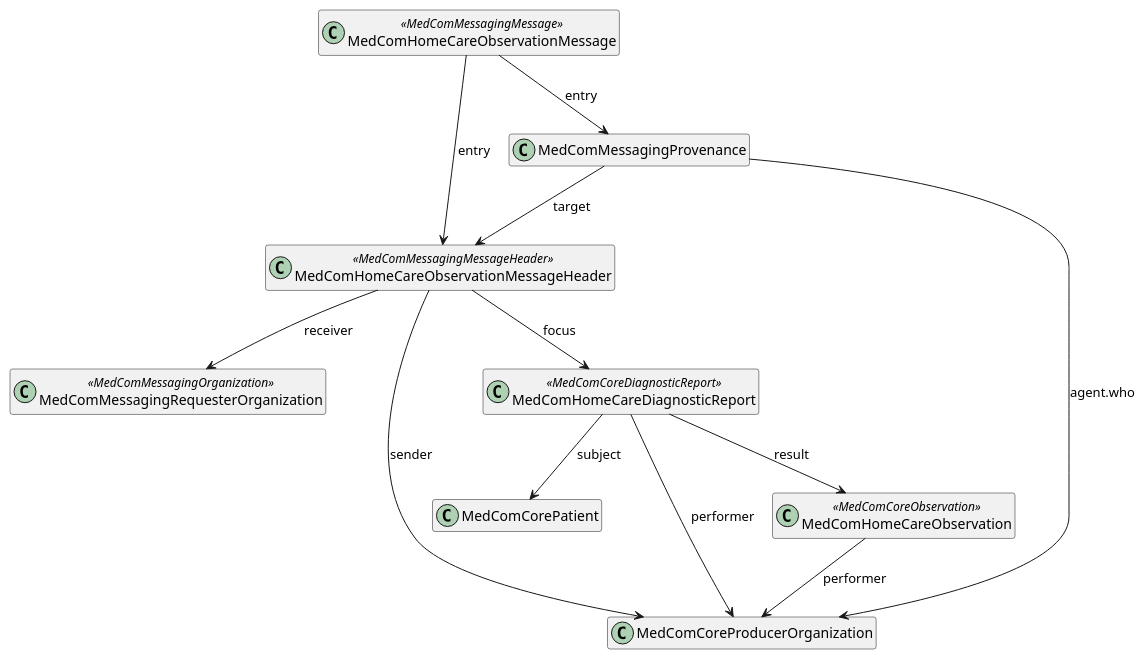
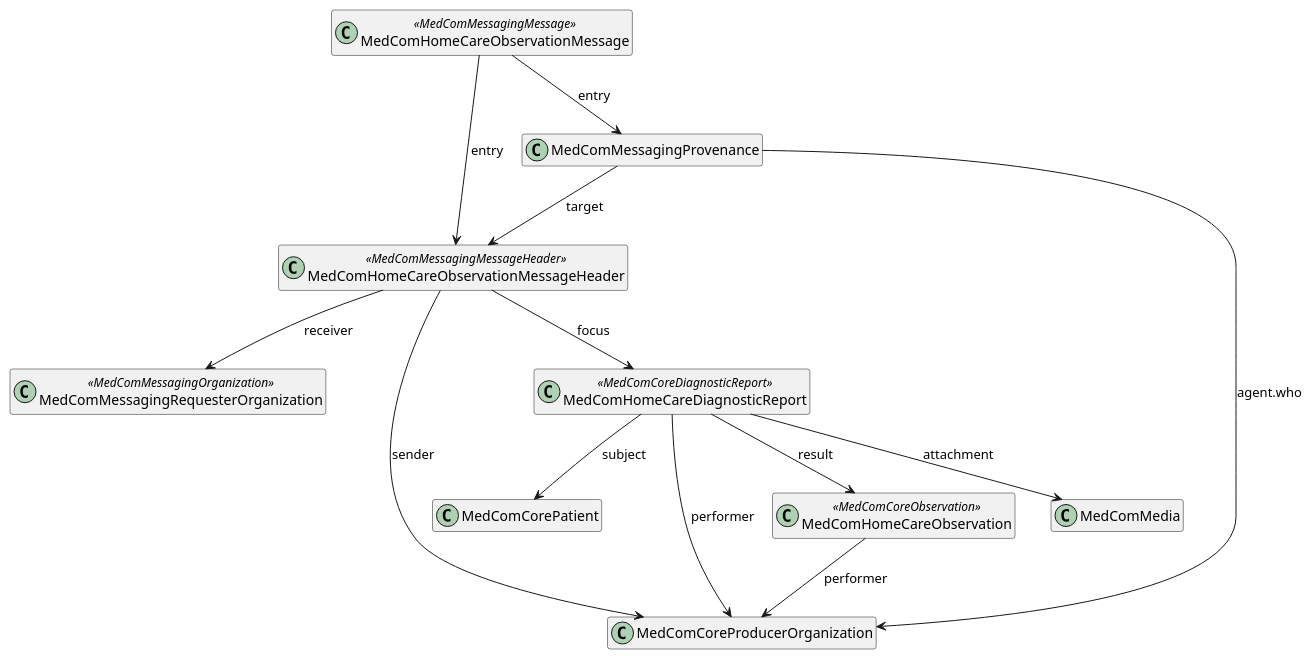
Before and after one commit to medcomdk/dk_MunicipalityObservationResults: the diagram in puml/HomeCareObservartionMessage.puml, drawn with PlantUML. The commit also changed 3 other files, not shown here.

```diff
--- a/puml/HomeCareObservartionMessage.puml
+++ b/puml/HomeCareObservartionMessage.puml
@@ -1,28 +1,30 @@
 @startuml HomeCareObservationMessage
 
 hide empty members
 
 top to bottom direction
 
 class "MedComHomeCareObservationMessage" as message <<MedComMessagingMessage>>
 class "MedComHomeCareObservationMessageHeader" as messageheader <<MedComMessagingMessageHeader>>
 class "MedComMessagingProvenance" as provenance
 class "MedComMessagingRequesterOrganization" as observationRequester <<MedComMessagingOrganization>>
 class "MedComCorePatient" as patient
 class "MedComCoreProducerOrganization" as organization 
 class "MedComHomeCareDiagnosticReport" as diagnosticReport <<MedComCoreDiagnosticReport>>
 class "MedComHomeCareObservation" as coreobservation <<MedComCoreObservation>>
+class "MedComMedia" as media
 
 message --> messageheader : "entry"
 messageheader --> diagnosticReport : "focus"
 messageheader --> organization : "sender"
 message --> provenance : "entry"
 provenance --> messageheader : "target" 
 provenance --> organization : "agent.who"
 messageheader --> observationRequester : "receiver"
 diagnosticReport --> organization: "performer"
 diagnosticReport --> patient : "subject"
 diagnosticReport --> coreobservation : "result"
+diagnosticReport--> media : "attachment"
 coreobservation --> organization:"performer"
 
 @enduml
```
